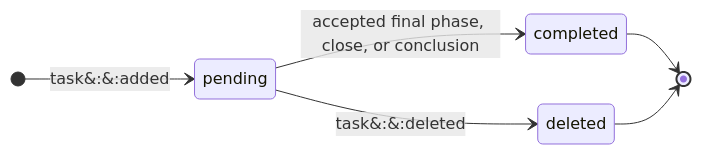
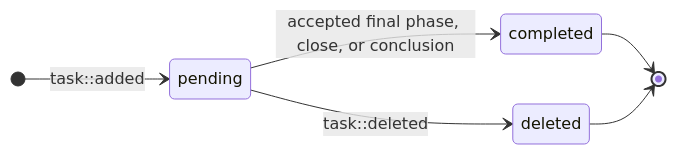
Before and after one commit to infimalabs/spice: the first of 14 diagrams in docs/loops.md, drawn with Mermaid. The commit also changed other lines of this file, not shown here.

Commit message:
docs: Render the loop state diagrams on GitHub DOCS-dYrNgkndc

````diff
--- a/docs/loops.md
+++ b/docs/loops.md
@@ -16,9 +16,9 @@
 ```mermaid
 stateDiagram-v2
   direction LR
-  [*] --> pending: task&#58;&#58;added
+  [*] --> pending: task#58;#58;added
   pending --> completed: accepted final phase, close, or conclusion
-  pending --> deleted: task&#58;&#58;deleted
+  pending --> deleted: task#58;#58;deleted
   completed --> [*]
   deleted --> [*]
 ```
````
